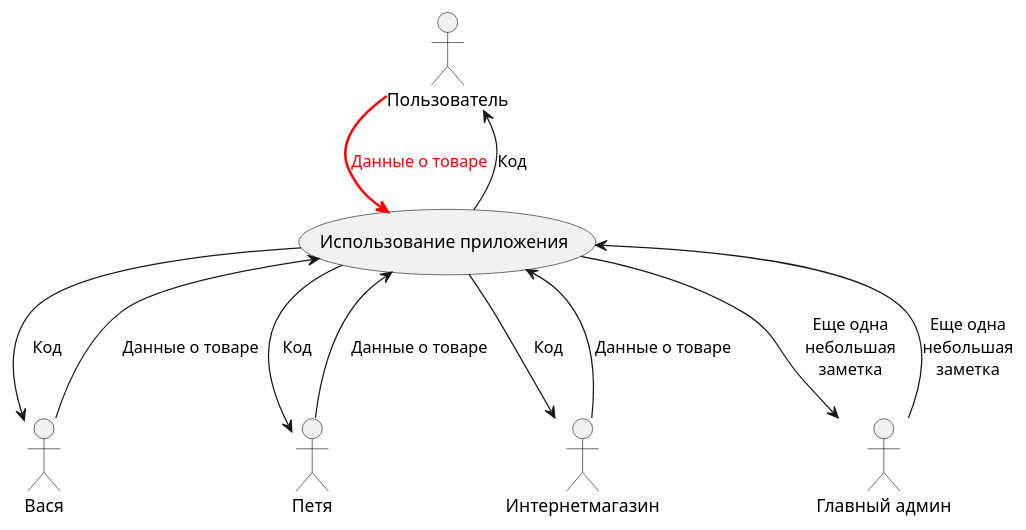
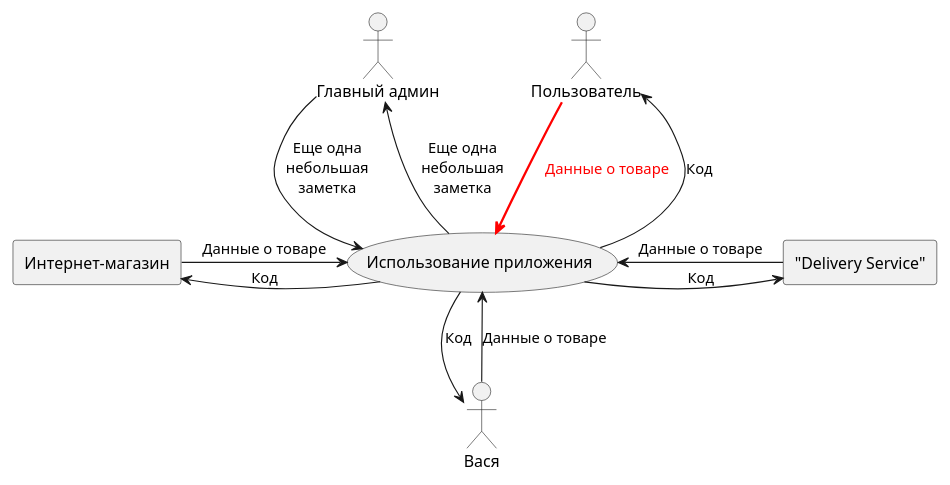
The diagram in umldia.iuml (PortnovAlex80/node_js_pro), drawn with PlantUML before and after one commit.

```diff
--- a/umldia.iuml
+++ b/umldia.iuml
@@ -1,12 +1,17 @@
 @startuml
-Пользователь --> (Использование приложения) #line:red;line.bold;text:red  : Данные о товаре 
-(Использование приложения) --> Пользователь : Код
+scale 750 width
+skinparam componentStyle rectangle
+
+
+Пользователь -down-> (Использование приложения) #line:red;line.bold;text:red  : Данные о товаре 
+(Использование приложения) -up-> Пользователь : Код
 Вася --> (Использование приложения) : Данные о товаре
 (Использование приложения) --> Вася : Код
-Петя --> (Использование приложения) : Данные о товаре
-(Использование приложения) --> Петя: Код
-Интернетмагазин --> (Использование приложения) : Данные о товаре
-(Использование приложения) --> Интернетмагазин : Код
-:Главный админ: --> (Использование приложения) : Еще одна\nнебольшая\nзаметка
-(Использование приложения) --> :Главный админ:  : Еще одна\nнебольшая\nзаметка
+["Delivery Service"] -left-> (Использование приложения) : Данные о товаре
+(Использование приложения) -right-> ["Delivery Service"] : Код
+[Интернет-магазин] -right-> (Использование приложения) : Данные о товаре
+(Использование приложения) -left-> [Интернет-магазин] : Код
+
+:Главный админ: -down-> (Использование приложения) : Еще одна\nнебольшая\nзаметка
+(Использование приложения) -up-> :Главный админ:  : Еще одна\nнебольшая\nзаметка
 @enduml
```
